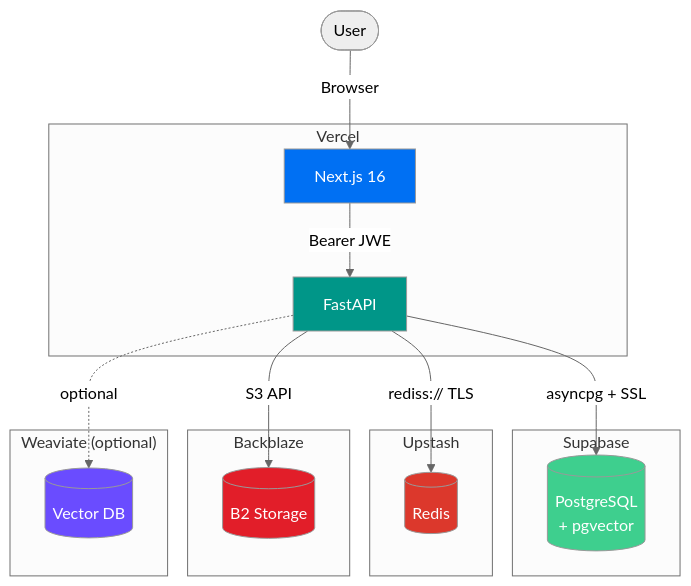
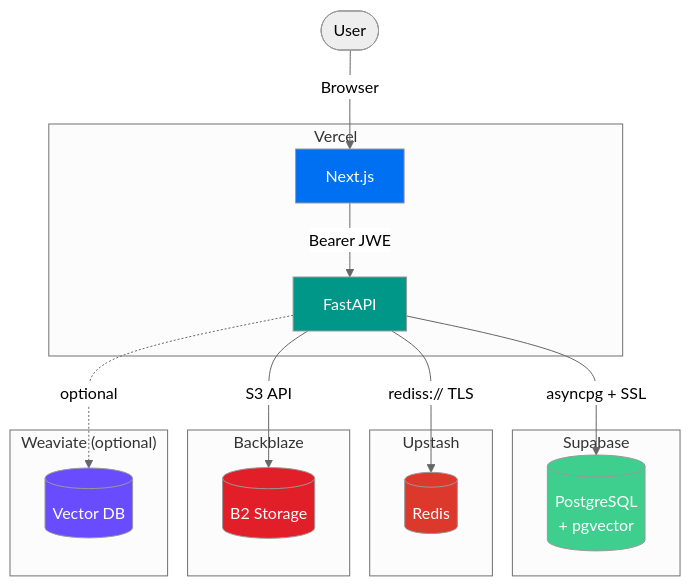
Before and after one commit to wooloolies/edcurate: the diagram in docs/ARCHITECTURE.md, drawn with Mermaid (neutral theme).

Commit message:
docs: remove Next.js version from architecture diagram
Generated with oh-my-agent

````diff
--- a/docs/ARCHITECTURE.md
+++ b/docs/ARCHITECTURE.md
@@ -5,37 +5,37 @@
 ```mermaid
 graph TB
     subgraph Vercel
-        WEB[Next.js 16]
+        WEB[Next.js]
         API[FastAPI]
     end
 
     subgraph Supabase
         PG[(PostgreSQL<br/>+ pgvector)]
     end
 
     subgraph Upstash
         REDIS[(Redis)]
     end
 
     subgraph Backblaze
         B2[(B2 Storage)]
     end
 
     subgraph Weaviate["Weaviate (optional)"]
         VDB[(Vector DB)]
     end
 
     USER([User]) -->|Browser| WEB
     WEB -->|Bearer JWE| API
     API -->|asyncpg + SSL| PG
     API -->|rediss:// TLS| REDIS
     API -->|S3 API| B2
     API -.->|optional| VDB
 
     style WEB fill:#0070f3,color:#fff
     style API fill:#009688,color:#fff
     style PG fill:#3ecf8e,color:#fff
     style REDIS fill:#dc382c,color:#fff
     style B2 fill:#e21e29,color:#fff
     style VDB fill:#6a4cff,color:#fff
 ```
````
